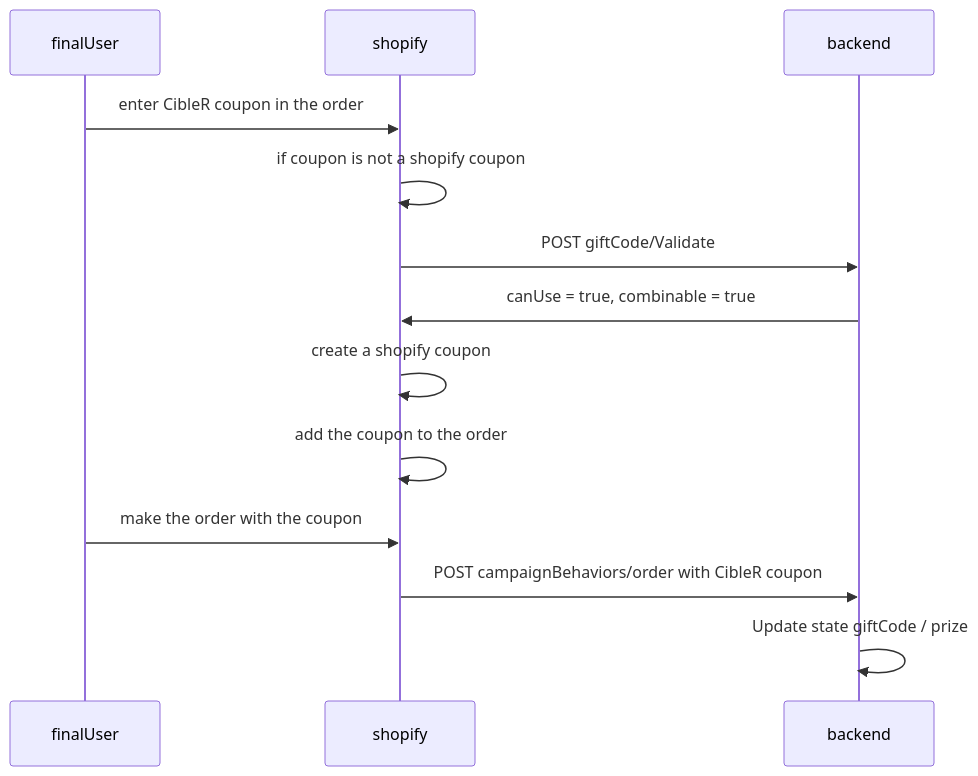
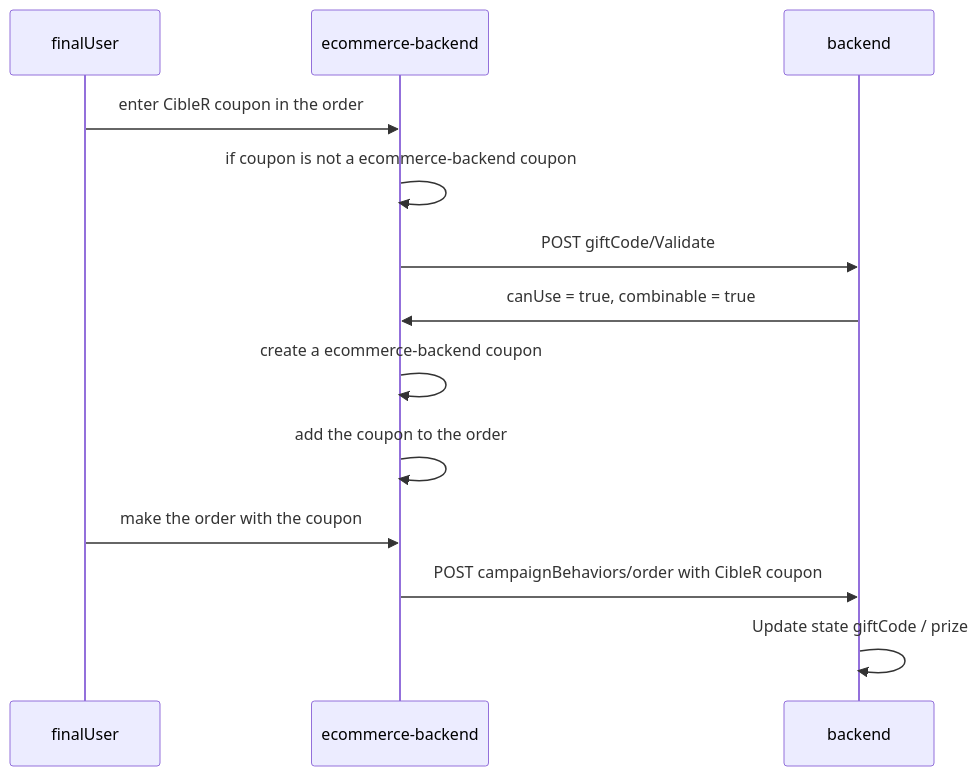
Before and after one commit to hushy/cibler-doc: the first of 4 diagrams in _posts/2022-10-04-order-full-documentation.md, drawn with Mermaid. The commit also changed other lines of this file and 2 other files, not shown here.

````diff
--- a/_posts/2022-10-04-order-full-documentation.md
+++ b/_posts/2022-10-04-order-full-documentation.md
@@ -93,12 +106,12 @@
  ```mermaid
  sequenceDiagram
- finalUser->>shopify: enter CibleR coupon in the order
- shopify->>shopify: if coupon is not a shopify coupon
- shopify->>backend : POST giftCode/Validate
- backend->>shopify : canUse = true, combinable = true
- shopify->>shopify : create a shopify coupon
- shopify->>shopify : add the coupon to the order
- finalUser->>shopify : make the order with the coupon
- shopify->>backend : POST campaignBehaviors/order with CibleR coupon
+ finalUser->>ecommerce-backend: enter CibleR coupon in the order
+ ecommerce-backend->>ecommerce-backend: if coupon is not a ecommerce-backend coupon
+ ecommerce-backend->>backend : POST giftCode/Validate
+ backend->>ecommerce-backend : canUse = true, combinable = true
+ ecommerce-backend->>ecommerce-backend : create a ecommerce-backend coupon
+ ecommerce-backend->>ecommerce-backend : add the coupon to the order
+ finalUser->>ecommerce-backend : make the order with the coupon
+ ecommerce-backend->>backend : POST campaignBehaviors/order with CibleR coupon
  backend->>backend : Update state giftCode / prize
  ```
````
